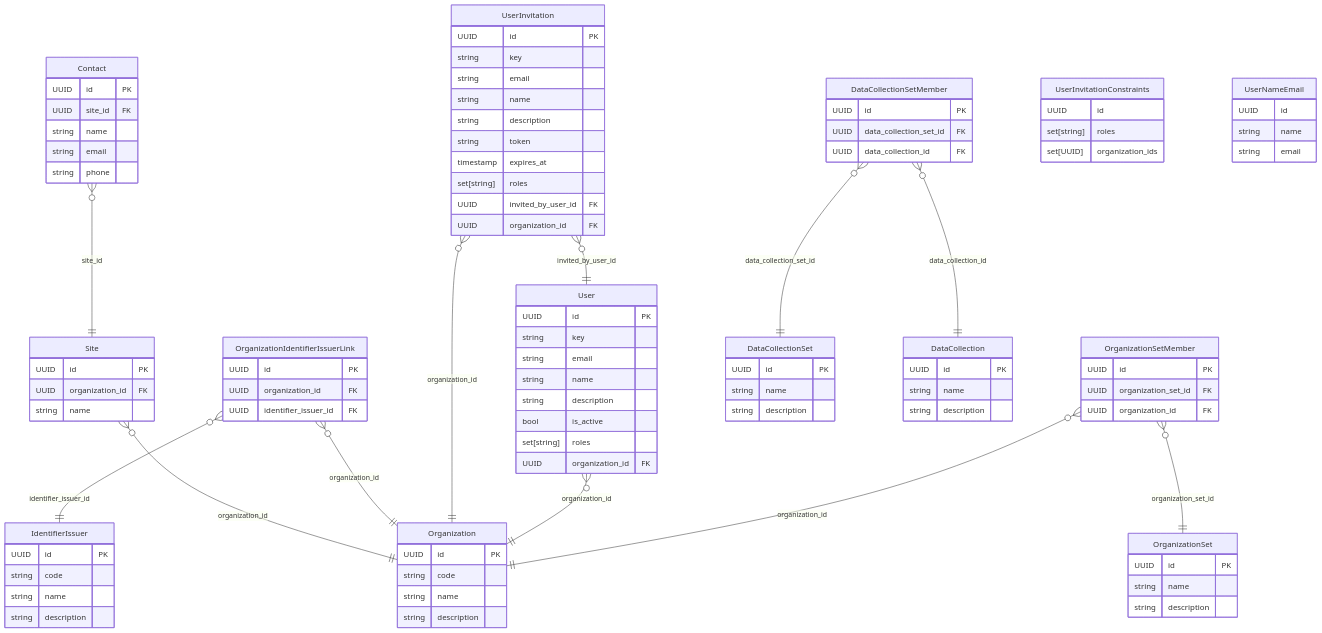
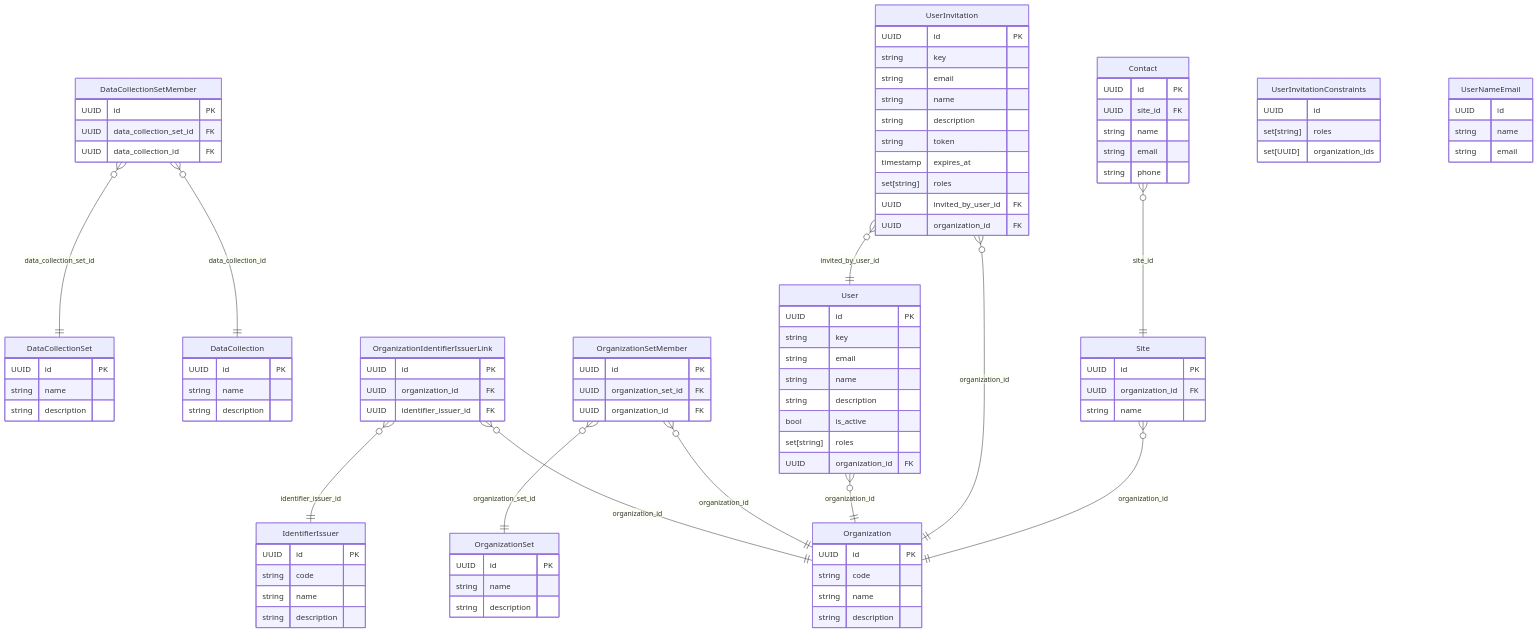
The diagram in docs/erm/seqdb.organization.detailed.md (RIVM-bioinformatics/gen-epix-api), drawn with Mermaid before and after one commit. The commit also changed other lines of this file and 58 other files, not shown here.

````diff
--- a/docs/erm/seqdb.organization.detailed.md
+++ b/docs/erm/seqdb.organization.detailed.md
@@ -7,37 +7,23 @@
     %% seqdb / ORGANIZATION (detailed)
 
     %% Relationships
-    Site }o--|| Organization : "organization_id"
-    Contact }o--|| Site : "site_id"
+    DataCollectionSetMember }o--|| DataCollectionSet : "data_collection_set_id"
+    DataCollectionSetMember }o--|| DataCollection : "data_collection_id"
     OrganizationIdentifierIssuerLink }o--|| Organization : "organization_id"
     OrganizationIdentifierIssuerLink }o--|| IdentifierIssuer : "identifier_issuer_id"
+    OrganizationSetMember }o--|| OrganizationSet : "organization_set_id"
+    OrganizationSetMember }o--|| Organization : "organization_id"
+    User }o--|| Organization : "organization_id"
     UserInvitation }o--|| Organization : "organization_id"
     UserInvitation }o--|| User : "invited_by_user_id"
-    User }o--|| Organization : "organization_id"
-    OrganizationSetMember }o--|| OrganizationSet : "organization_set_id"
-    OrganizationSetMember }o--|| Organization : "organization_id"
-    DataCollectionSetMember }o--|| DataCollectionSet : "data_collection_set_id"
-    DataCollectionSetMember }o--|| DataCollection : "data_collection_id"
+    Contact }o--|| Site : "site_id"
+    Site }o--|| Organization : "organization_id"
 
     %% Entity definitions
-    DataCollection {
+    DataCollectionSetMember {
         UUID id PK
-        string name
-        string description
-    }
-
-    Site {
-        UUID id PK
-        UUID organization_id FK
-        string name
-    }
-
-    Contact {
-        UUID id PK
-        UUID site_id FK
-        string name
-        string email
-        string phone
+        UUID data_collection_set_id FK
+        UUID data_collection_id FK
     }
 
     OrganizationIdentifierIssuerLink {
@@ -46,10 +32,58 @@
         UUID identifier_issuer_id FK
     }
 
+    DataCollection {
+        UUID id PK
+        string name
+        string description
+    }
+
     UserInvitationConstraints {
         UUID id
         set[string] roles
         set[UUID] organization_ids
+    }
+
+    OrganizationSetMember {
+        UUID id PK
+        UUID organization_set_id FK
+        UUID organization_id FK
+    }
+
+    OrganizationSet {
+        UUID id PK
+        string name
+        string description
+    }
+
+    Organization {
+        UUID id PK
+        string code
+        string name
+        string description
+    }
+
+    UserNameEmail {
+        UUID id
+        string name
+        string email
+    }
+
+    User {
+        UUID id PK
+        string key
+        string email
+        string name
+        string description
+        bool is_active
+        set[string] roles
+        UUID organization_id FK
+    }
+
+    DataCollectionSet {
+        UUID id PK
+        string name
+        string description
     }
 
     IdentifierIssuer {
@@ -72,52 +106,18 @@
         UUID organization_id FK
     }
 
-    User {
+    Contact {
         UUID id PK
-        string key
+        UUID site_id FK
+        string name
         string email
-        string name
-        string description
-        bool is_active
-        set[string] roles
-        UUID organization_id FK
+        string phone
     }
 
-    DataCollectionSet {
+    Site {
         UUID id PK
+        UUID organization_id FK
         string name
-        string description
-    }
-
-    OrganizationSetMember {
-        UUID id PK
-        UUID organization_set_id FK
-        UUID organization_id FK
-    }
-
-    Organization {
-        UUID id PK
-        string code
-        string name
-        string description
-    }
-
-    OrganizationSet {
-        UUID id PK
-        string name
-        string description
-    }
-
-    DataCollectionSetMember {
-        UUID id PK
-        UUID data_collection_set_id FK
-        UUID data_collection_id FK
-    }
-
-    UserNameEmail {
-        UUID id
-        string name
-        string email
     }
 
 ```
````
